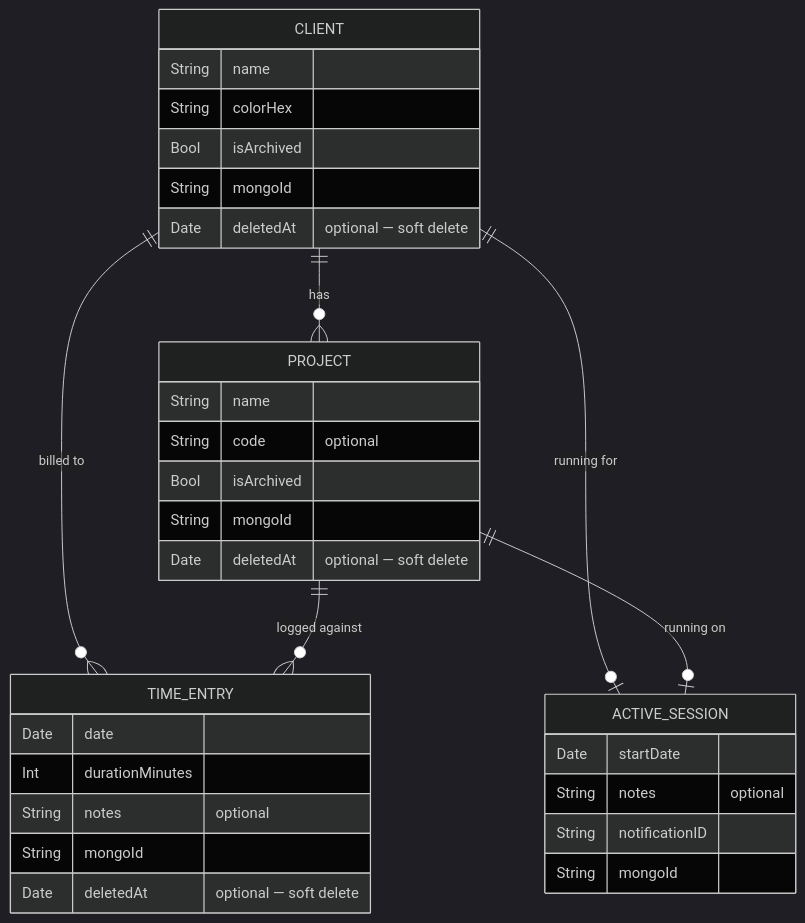
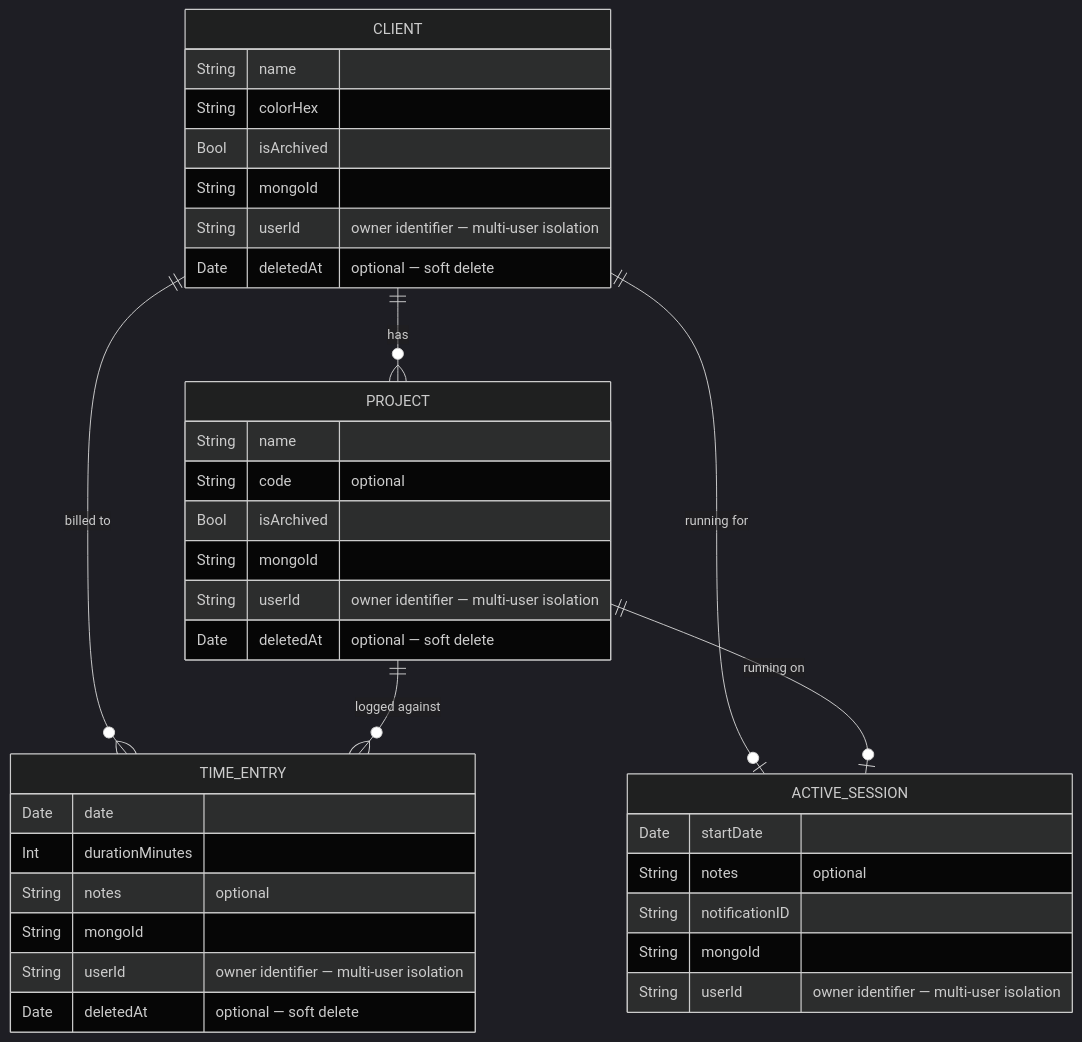
The first of 2 diagrams in docs/02-modello-dati.md (albertobarrago/timelog), drawn with Mermaid (dark theme) before and after one commit. The commit also changed other lines of this file and 3 other files, not shown here.

Commit message:
docs: update README, GUIDE and technical docs with userId / multi-user info

````diff
--- a/docs/02-modello-dati.md
+++ b/docs/02-modello-dati.md
@@ -5,36 +5,40 @@
 ```mermaid
 erDiagram
     CLIENT {
         String  name
         String  colorHex
         Bool    isArchived
         String  mongoId
+        String  userId      "owner identifier — multi-user isolation"
         Date    deletedAt   "optional — soft delete"
     }
     PROJECT {
         String  name
         String  code        "optional"
         Bool    isArchived
         String  mongoId
+        String  userId      "owner identifier — multi-user isolation"
         Date    deletedAt   "optional — soft delete"
     }
     TIME_ENTRY {
         Date    date
         Int     durationMinutes
         String  notes       "optional"
         String  mongoId
+        String  userId      "owner identifier — multi-user isolation"
         Date    deletedAt   "optional — soft delete"
     }
     ACTIVE_SESSION {
         Date    startDate
         String  notes       "optional"
         String  notificationID
         String  mongoId
+        String  userId      "owner identifier — multi-user isolation"
     }
 
     CLIENT ||--o{ PROJECT       : "has"
     CLIENT ||--o{ TIME_ENTRY    : "billed to"
     CLIENT ||--o| ACTIVE_SESSION : "running for"
     PROJECT ||--o{ TIME_ENTRY   : "logged against"
     PROJECT ||--o| ACTIVE_SESSION : "running on"
 ```
````
